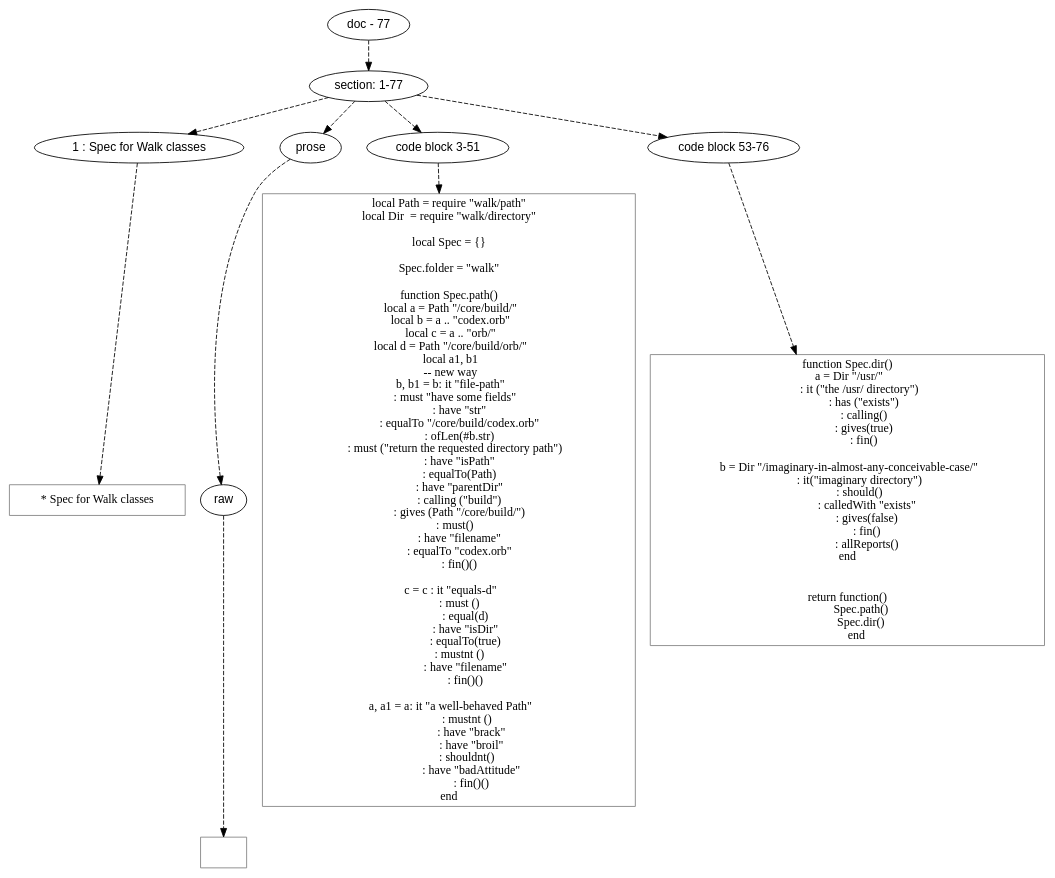
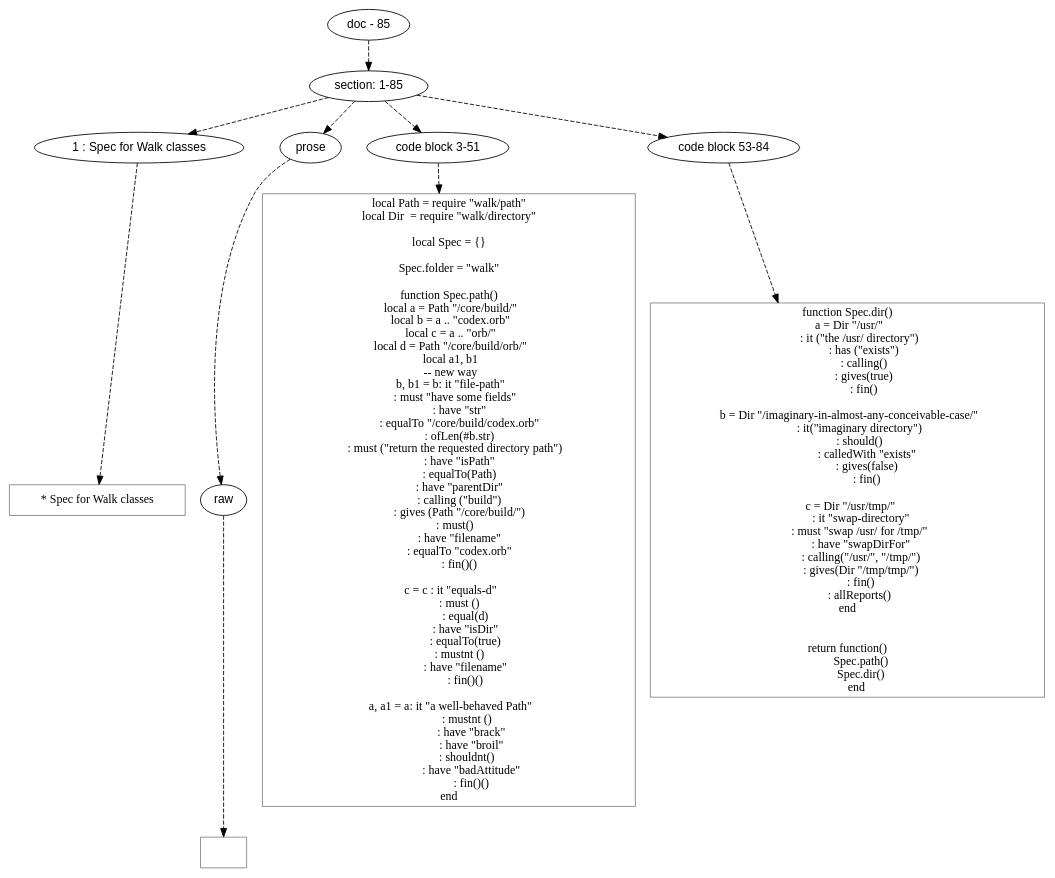
One commit to mnemnion/orb changed the diagram in doc/dot/spec/walk-spec.dot. Above: the diagram before and after it, drawn with Graphviz. The commit also changed 9 other files, not shown here.

First line of the commit message:
All important directory swap command

```diff
--- a/doc/dot/spec/walk-spec.dot
+++ b/doc/dot/spec/walk-spec.dot
@@ -1,124 +1,132 @@
 digraph lpegNode {
 
 node [fontname=Helvetica]
 edge [style=dashed]
 
-doc_0 [label="doc - 77"]
+doc_0 [label="doc - 85"]
 
 
 doc_0 -> { section_1}
 {rank=same; section_1}
 
-section_1 [label="section: 1-77"]
+section_1 [label="section: 1-85"]
 
 
 // END RANK doc_0
 
 section_1 -> { header_2 prose_3 codeblock_4 codeblock_5}
 {rank=same; header_2 prose_3 codeblock_4 codeblock_5}
 
 header_2 [label="1 : Spec for Walk classes"]
 
 prose_3 [label="prose"]
 
 codeblock_4 [label="code block 3-51"]
 
-codeblock_5 [label="code block 53-76"]
+codeblock_5 [label="code block 53-84"]
 
 
 // END RANK section_1
 
 header_2 -> leaf_6
 leaf_6  [color=Gray,shape=rectangle,fontname=Inconsolata,label="* Spec for Walk classes"]
 // END RANK header_2
 
 prose_3 -> { raw_7}
 {rank=same; raw_7}
 
 raw_7 [label="raw"]
 
 
 // END RANK prose_3
 
 raw_7 -> leaf_8
 leaf_8  [color=Gray,shape=rectangle,fontname=Inconsolata,label="
 "]
 // END RANK raw_7
 
 codeblock_4 -> leaf_9
 leaf_9  [color=Gray,shape=rectangle,fontname=Inconsolata,label="local Path = require \"walk/path\"
 local Dir  = require \"walk/directory\"
 
 local Spec = {}
 
 Spec.folder = \"walk\"
 
 function Spec.path()
   local a = Path \"/core/build/\"
   local b = a .. \"codex.orb\"
   local c = a .. \"orb/\"
   local d = Path \"/core/build/orb/\"
   local a1, b1
   -- new way
   b, b1 = b: it \"file-path\"
      : must \"have some fields\"
         : have \"str\"
         : equalTo \"/core/build/codex.orb\"
         : ofLen(#b.str)
      : must (\"return the requested directory path\")
         : have \"isPath\"
         : equalTo(Path)
         : have \"parentDir\"
         : calling (\"build\")
         : gives (Path \"/core/build/\")
      : must()
         : have \"filename\"
         : equalTo \"codex.orb\"
         : fin()()
 
   c = c : it \"equals-d\"
         : must ()
             : equal(d)
             : have \"isDir\"
             : equalTo(true)
         : mustnt ()
             : have \"filename\"
             : fin()()
 
   a, a1 = a: it \"a well-behaved Path\"
              : mustnt ()
                 : have \"brack\"
                 : have \"broil\"
              : shouldnt()
                 : have \"badAttitude\"
                 : fin()()
 end"]
 // END RANK codeblock_4
 
 codeblock_5 -> leaf_10
 leaf_10  [color=Gray,shape=rectangle,fontname=Inconsolata,label="function Spec.dir()
   a = Dir \"/usr/\"
          : it (\"the /usr/ directory\")
             : has (\"exists\")
             : calling()
             : gives(true)
             : fin()
 
   b = Dir \"/imaginary-in-almost-any-conceivable-case/\"
          : it(\"imaginary directory\")
          : should()
               : calledWith \"exists\"
               : gives(false)
               : fin()
-              : allReports()
+
+   c = Dir \"/usr/tmp/\"
+          : it \"swap-directory\"
+         : must \"swap /usr/ for /tmp/\"
+          : have \"swapDirFor\"
+          : calling(\"/usr/\", \"/tmp/\")
+          : gives(Dir \"/tmp/tmp/\")
+          : fin()
+         : allReports()
 end
 
 
 return function()
           Spec.path()
           Spec.dir()
        end"]
 // END RANK codeblock_5
 
 
 }
```
